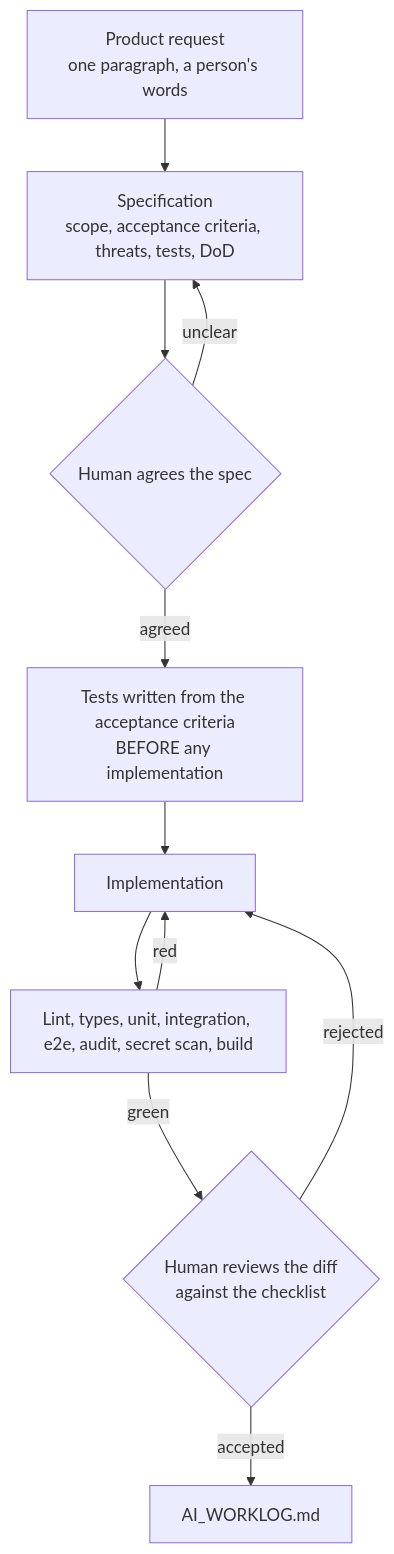
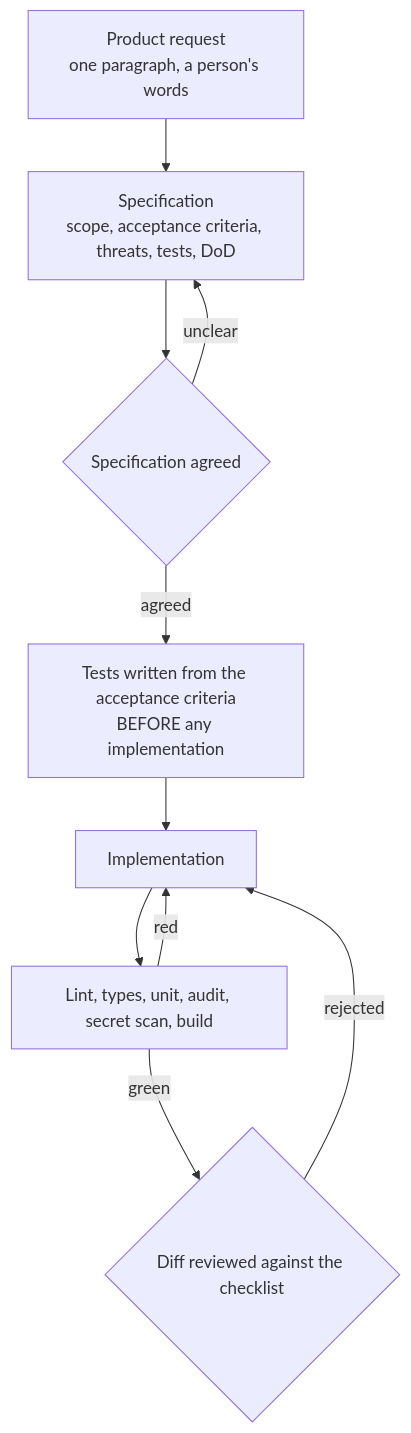
One commit to Sam12355/estateflow-property-portal changed the diagram in README.md. Above: the diagram before and after it, drawn with Mermaid. The commit also changed other lines of this file and 22 other files, not shown here.

````diff
--- a/README.md
+++ b/README.md
@@ -54,19 +53,17 @@
 ```mermaid
 flowchart TB
     REQ["Product request<br/>one paragraph, a person's words"]
     SPEC["Specification<br/>scope, acceptance criteria, threats, tests, DoD"]
-    G1{"Human agrees the spec"}
+    G1{"Specification agreed"}
     TESTS["Tests written from the acceptance criteria<br/>BEFORE any implementation"]
     IMPL["Implementation"]
-    VERIFY["Lint, types, unit, integration, e2e, audit, secret scan, build"]
-    G2{"Human reviews the diff<br/>against the checklist"}
-    LOG["AI_WORKLOG.md"]
+    VERIFY["Lint, types, unit, audit, secret scan, build"]
+    G2{"Diff reviewed against the checklist"}
 
     REQ --> SPEC --> G1
     G1 -- unclear --> SPEC
     G1 -- agreed --> TESTS --> IMPL --> VERIFY
     VERIFY -- red --> IMPL
     VERIFY -- green --> G2
     G2 -- rejected --> IMPL
-    G2 -- accepted --> LOG
 ```
````
